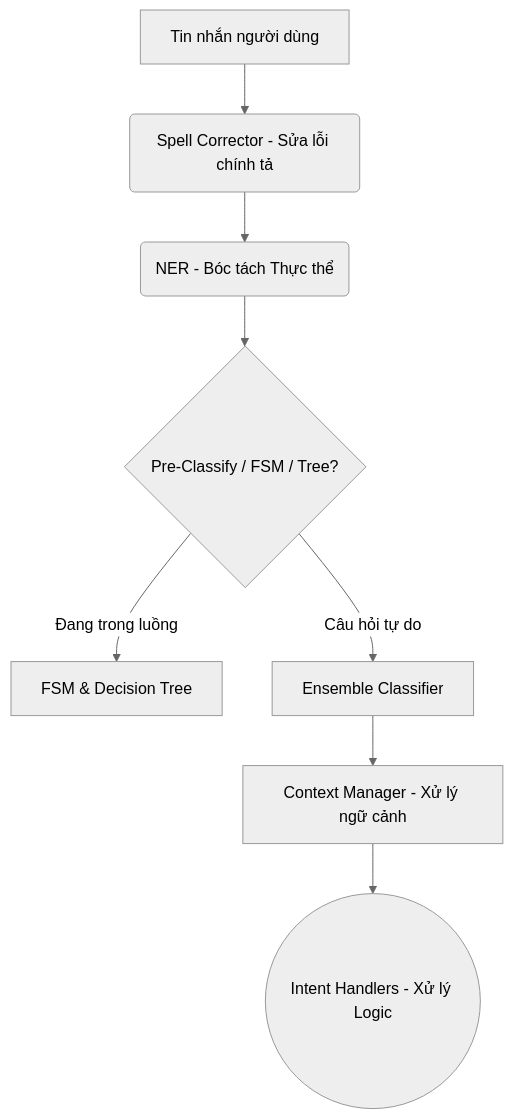
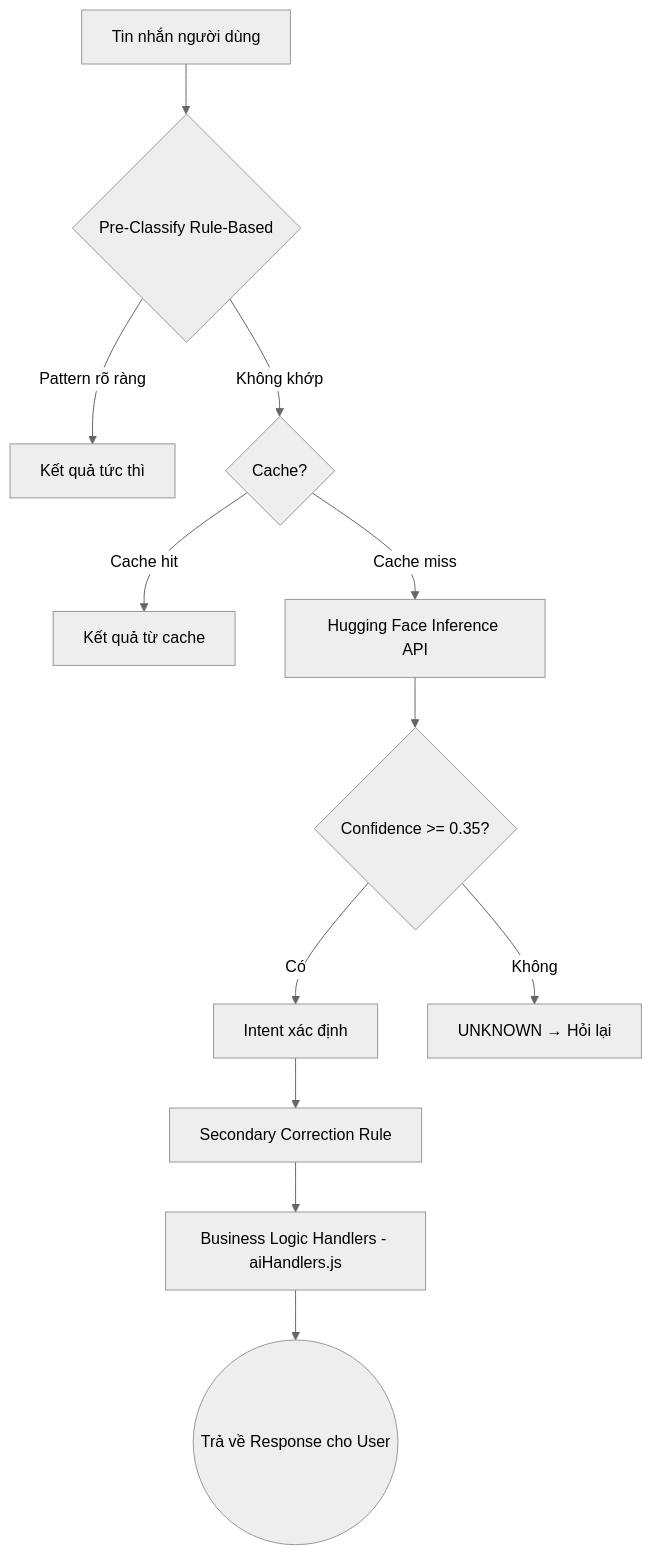
Before and after one commit to LeVanTrieuAn/ktln-Getshopy: the diagram in tài liệu/general/ai_algorithms_summary.md, drawn with Mermaid (neutral theme). The commit also changed other lines of this file and 37 other files, not shown here.

Commit message:
feat: integrate full-stack AI chatbot architecture with LLM support and MLOps pipeline infrastructure

````diff
--- a/tài liệu/general/ai_algorithms_summary.md
+++ b/tài liệu/general/ai_algorithms_summary.md
@@ -14,10 +15,14 @@
 ```mermaid
 flowchart TD
-    A[Tin nhắn người dùng] --> B(Spell Corrector - Sửa lỗi chính tả)
-    B --> C(NER - Bóc tách Thực thể)
-    C --> D{Pre-Classify / FSM / Tree?}
-    D -- Đang trong luồng --> E[FSM & Decision Tree]
-    D -- Câu hỏi tự do --> F[Ensemble Classifier]
-    F --> G[Context Manager - Xử lý ngữ cảnh]
-    G --> H((Intent Handlers - Xử lý Logic))
+    A[Tin nhắn người dùng] --> B{Pre-Classify Rule-Based}
+    B -- Pattern rõ ràng --> C[Kết quả tức thì]
+    B -- Không khớp --> D{Cache?}
+    D -- Cache hit --> E[Kết quả từ cache]
+    D -- Cache miss --> F[Hugging Face Inference API]
+    F --> G{Confidence >= 0.35?}
+    G -- Có --> H[Intent xác định]
+    G -- Không --> I[UNKNOWN → Hỏi lại]
+    H --> J[Secondary Correction Rule]
+    J --> K[Business Logic Handlers - aiHandlers.js]
+    K --> L((Trả về Response cho User))
 ```
````
